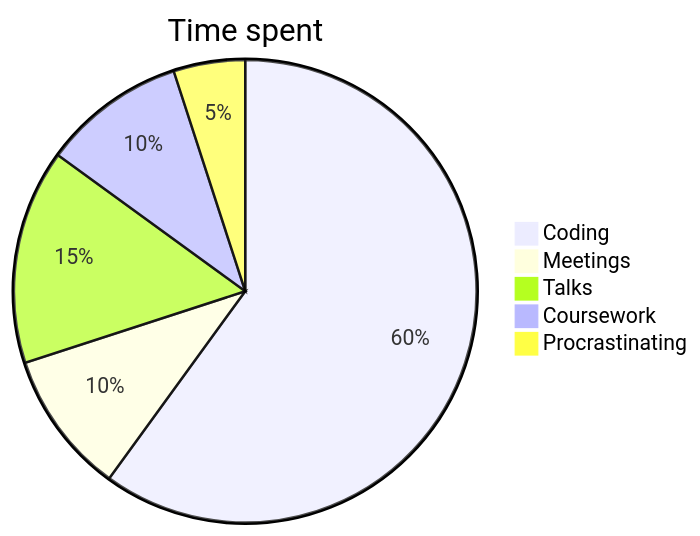
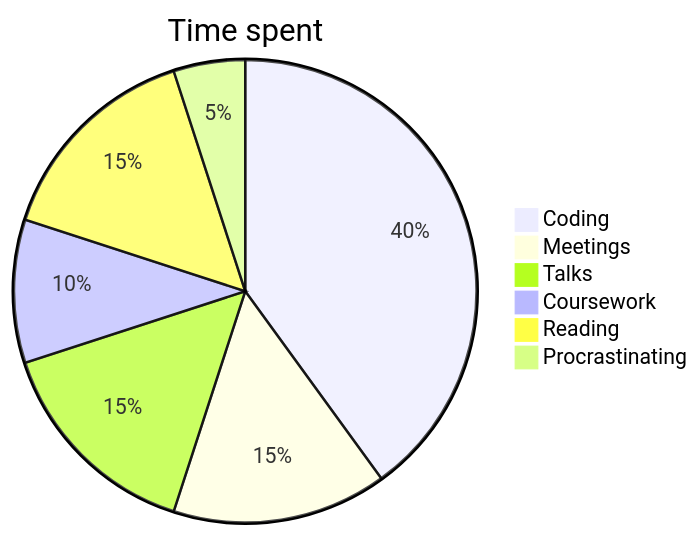
The diagram in content/Blog/What is Condensed Matter Physics?.md (treycole/notes.treycole.me), drawn with Mermaid before and after one commit. The commit also changed other lines of this file and 2 other files, not shown here.

````diff
--- a/content/Blog/What is Condensed Matter Physics?.md
+++ b/content/Blog/What is Condensed Matter Physics?.md
@@ -54,8 +52,9 @@
 ```mermaid
 pie title Time spent
-    "Coding" : 60
-    "Meetings" : 10
+    "Coding" : 40
+    "Meetings" : 15
     "Talks" : 15
     "Coursework": 10
+    "Reading": 15
     "Procrastinating": 5
 ```
````
